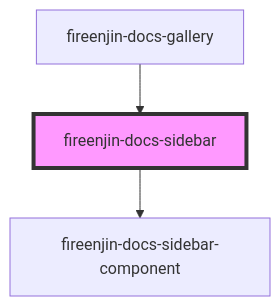
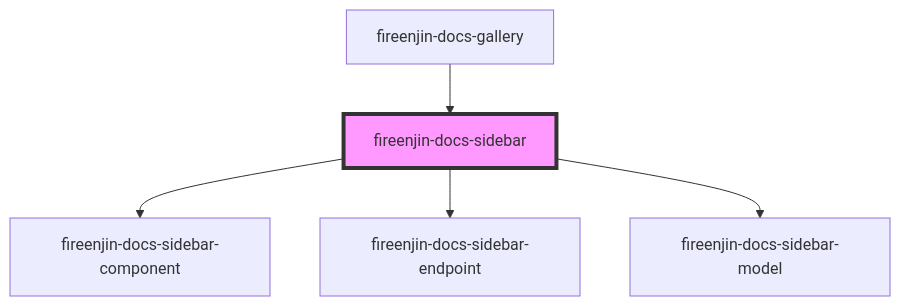
The diagram in src/components/sidebar/readme.md (FireEnjin/Docs), drawn with Mermaid before and after one commit. The commit also changed other lines of this file and 14 other files, not shown here.

````diff
--- a/src/components/sidebar/readme.md
+++ b/src/components/sidebar/readme.md
@@ -26,6 +30,8 @@
 ```mermaid
 graph TD;
   fireenjin-docs-sidebar --> fireenjin-docs-sidebar-component
+  fireenjin-docs-sidebar --> fireenjin-docs-sidebar-endpoint
+  fireenjin-docs-sidebar --> fireenjin-docs-sidebar-model
   fireenjin-docs-gallery --> fireenjin-docs-sidebar
   style fireenjin-docs-sidebar fill:#f9f,stroke:#333,stroke-width:4px
 ```
````
